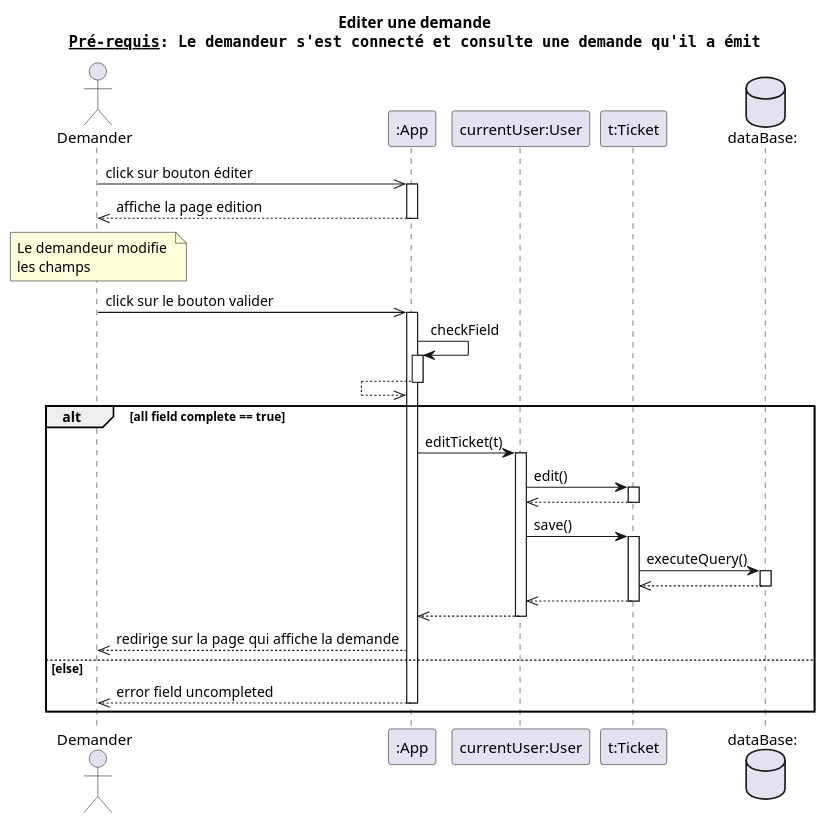
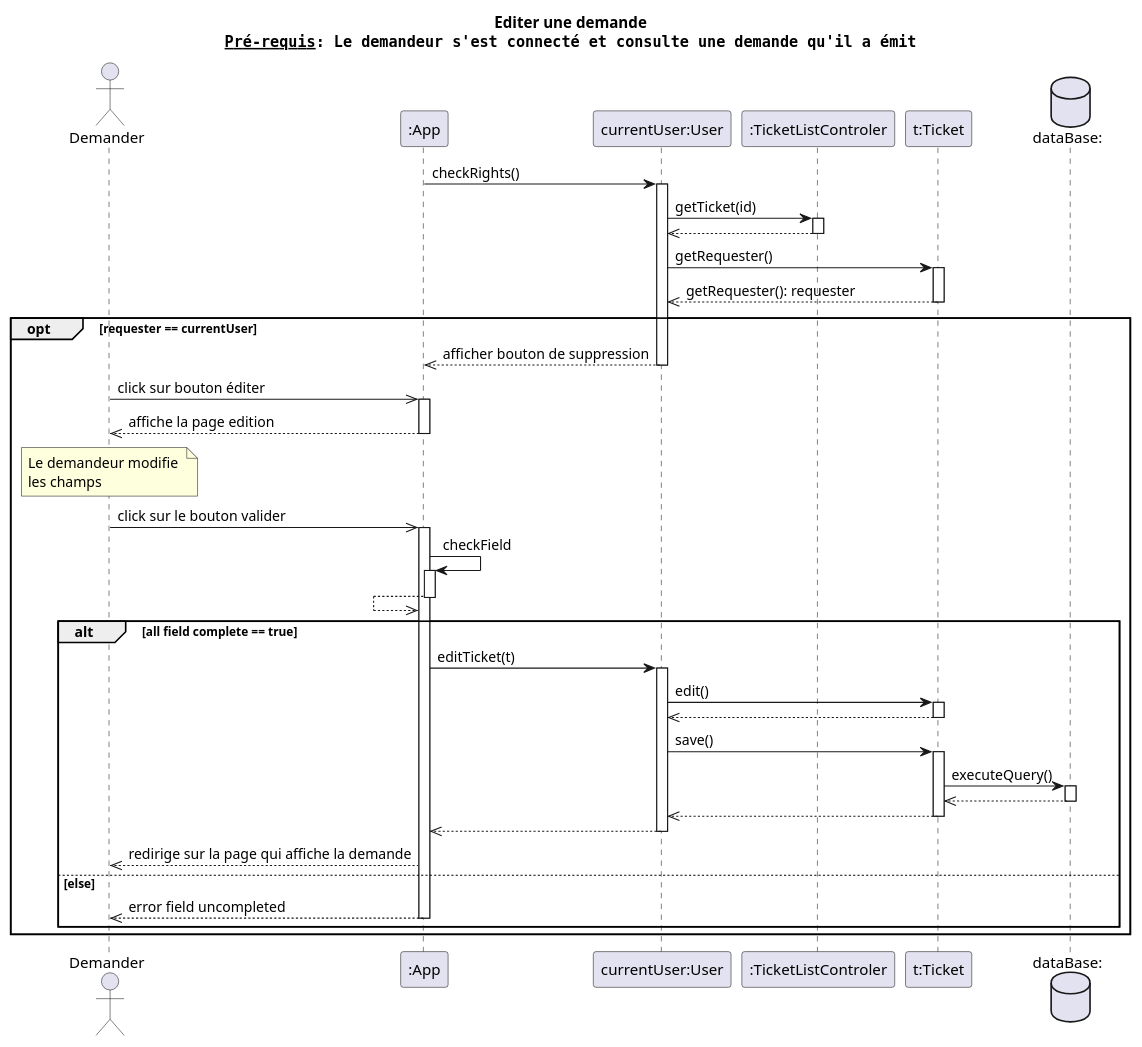
Before and after one commit to dorianleveque/CoHub: the diagram in docs/UML/diagrammes séquence/editer une demande.puml, drawn with PlantUML. The commit also changed 2 other files, not shown here.

Commit message:
mise à jour diagramme de séquence

```diff
--- a/docs/UML/diagrammes séquence/editer une demande.puml
+++ b/docs/UML/diagrammes séquence/editer une demande.puml
@@ -1,47 +1,67 @@
 @startuml editer une demande
 title Editer une demande\n""__Pré-requis__: Le demandeur s'est connecté et consulte une demande qu'il a émit""
 
 actor client as "Demander" order 1
 participant app as ":App"   order 2
 participant user as "currentUser:User" order 3
-participant ticket as "t:Ticket" order 4
-database bdd as "dataBase:" order 5
+participant tlc as ":TicketListControler" order 4
+participant ticket as "t:Ticket" order 5
+database bdd as "dataBase:" order 6
 
-client ->> app: click sur bouton éditer
-activate app
-client <<-- app: affiche la page edition
-deactivate app
+app -> user: checkRights()
+activate user
+user -> tlc: getTicket(id)
+activate tlc
+user <<-- tlc
+deactivate tlc
 
-note over client: Le demandeur modifie \nles champs
-client ->> app: click sur le bouton valider
-activate app
+user -> ticket: getRequester()
+activate ticket
+user <<-- ticket : getRequester(): requester
+deactivate ticket
 
-app -> app : checkField
-activate app
-app <<-- app
-deactivate app
-alt all field complete == true
-    app -> user: editTicket(t)
-    activate user
-    user -> ticket: edit()
-    activate ticket
-    user <<--ticket
-    deactivate ticket
-
-    user -> ticket: save()
-    activate ticket
-    ticket -> bdd: executeQuery()
-    activate bdd
-    ticket <<-- bdd
-    deactivate bdd
-    user <<-- ticket
-    deactivate ticket
-    app <<--user
+opt requester == currentUser
+    app <<-- user: afficher bouton de suppression
     deactivate user
 
-    client <<-- app: redirige sur la page qui affiche la demande
-else else
-    client <<-- app: error field uncompleted
+
+    client ->> app: click sur bouton éditer
+    activate app
+    client <<-- app: affiche la page edition
     deactivate app
+
+    note over client: Le demandeur modifie \nles champs
+    client ->> app: click sur le bouton valider
+    activate app
+
+    app -> app : checkField
+    activate app
+    app <<-- app
+    deactivate app
+    alt all field complete == true
+        app -> user: editTicket(t)
+        activate user
+        user -> ticket: edit()
+        activate ticket
+        user <<--ticket
+        deactivate ticket
+
+        user -> ticket: save()
+        activate ticket
+        ticket -> bdd: executeQuery()
+        activate bdd
+        ticket <<-- bdd
+        deactivate bdd
+        user <<-- ticket
+        deactivate ticket
+        app <<--user
+        deactivate user
+
+        client <<-- app: redirige sur la page qui affiche la demande
+    else else
+        client <<-- app: error field uncompleted
+        deactivate app
+    end
+
 end
 @enduml
```
